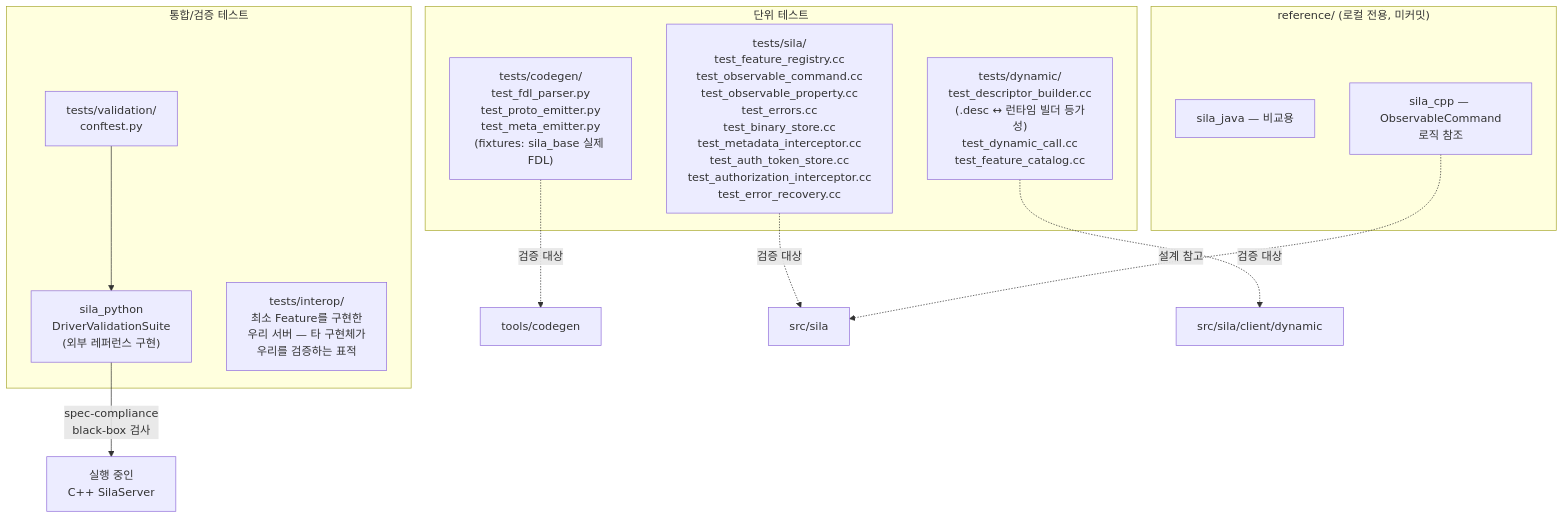
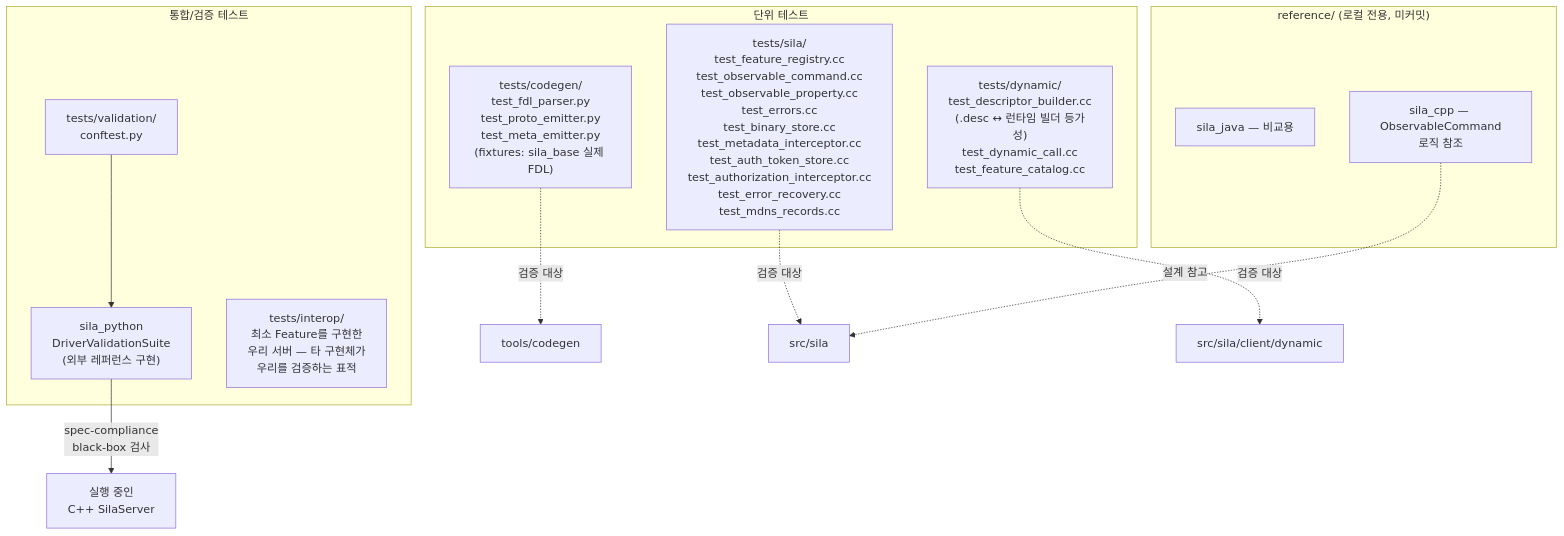
One commit to Yeounui/sila_cpp_r changed diagram 13 of 13 in reference/architecture.md. Above: the diagram before and after it, drawn with Mermaid. The commit also changed other lines of this file and 1 other file, not shown here.

First line of the commit message:
Switch mDNS backend from Avahi to the vcpkg mdns library

````diff
--- a/reference/architecture.md
+++ b/reference/architecture.md
@@ -695,26 +722,26 @@
 ```mermaid
 flowchart TB
     subgraph unit["단위 테스트"]
         T1["tests/codegen/<br/>test_fdl_parser.py<br/>test_proto_emitter.py<br/>test_meta_emitter.py<br/>(fixtures: sila_base 실제 FDL)"]
-        T2["tests/sila/<br/>test_feature_registry.cc<br/>test_observable_command.cc<br/>test_observable_property.cc<br/>test_errors.cc<br/>test_binary_store.cc<br/>test_metadata_interceptor.cc<br/>test_auth_token_store.cc<br/>test_authorization_interceptor.cc<br/>test_error_recovery.cc"]
+        T2["tests/sila/<br/>test_feature_registry.cc<br/>test_observable_command.cc<br/>test_observable_property.cc<br/>test_errors.cc<br/>test_binary_store.cc<br/>test_metadata_interceptor.cc<br/>test_auth_token_store.cc<br/>test_authorization_interceptor.cc<br/>test_error_recovery.cc<br/>test_mdns_records.cc"]
         T5["tests/dynamic/<br/>test_descriptor_builder.cc<br/>(.desc ↔ 런타임 빌더 등가성)<br/>test_dynamic_call.cc<br/>test_feature_catalog.cc"]
     end
 
     subgraph validation["통합/검증 테스트"]
         T3["tests/validation/<br/>conftest.py"]
         SilaPython["sila_python<br/>DriverValidationSuite<br/>(외부 레퍼런스 구현)"]
         T4["tests/interop/<br/>최소 Feature를 구현한<br/>우리 서버 — 타 구현체가<br/>우리를 검증하는 표적"]
     end
 
     subgraph refs["reference/ (로컬 전용, 미커밋)"]
         R1["sila_java — 비교용"]
         R2["sila_cpp — ObservableCommand<br/>로직 참조"]
     end
 
     T1 -.검증 대상.-> Codegen2["tools/codegen"]
     T2 -.검증 대상.-> Core["src/sila"]
     T5 -.검증 대상.-> Dyn2["src/sila/client/dynamic"]
     T3 --> SilaPython
     SilaPython -- "spec-compliance<br/>black-box 검사" --> RunningServer["실행 중인<br/>C++ SilaServer"]
     R2 -.설계 참고.-> Core
 ```
````
